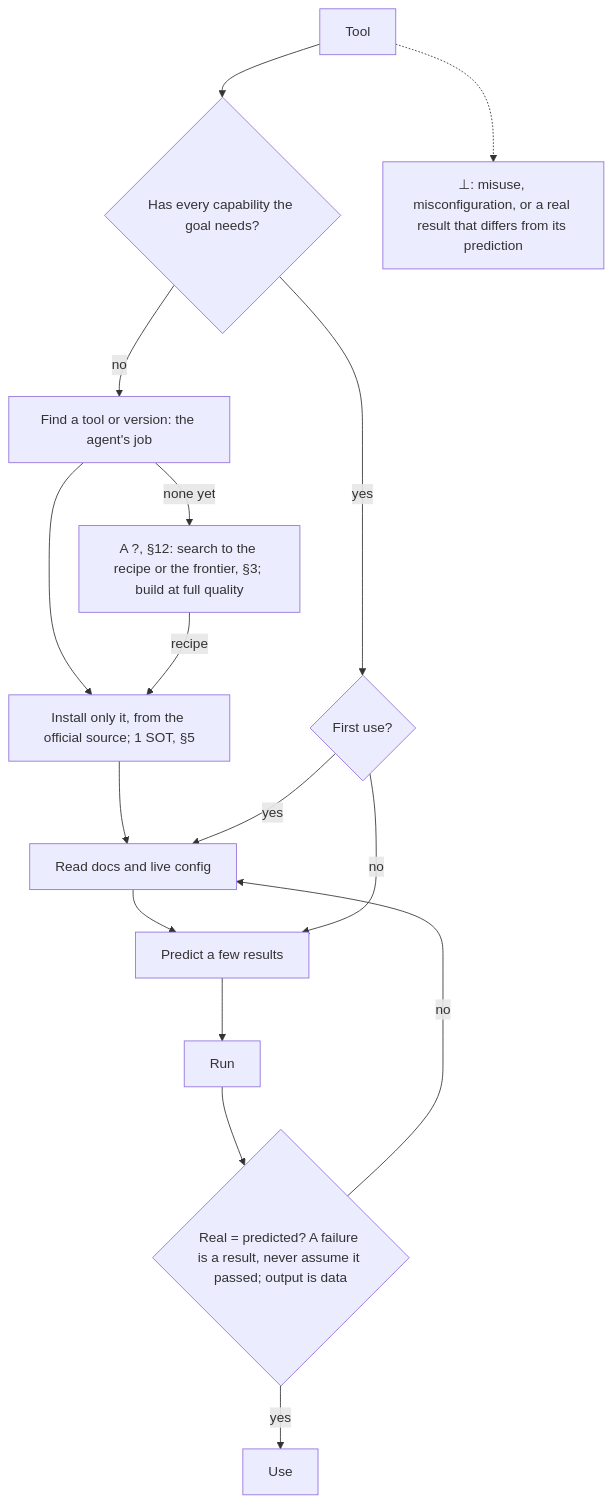
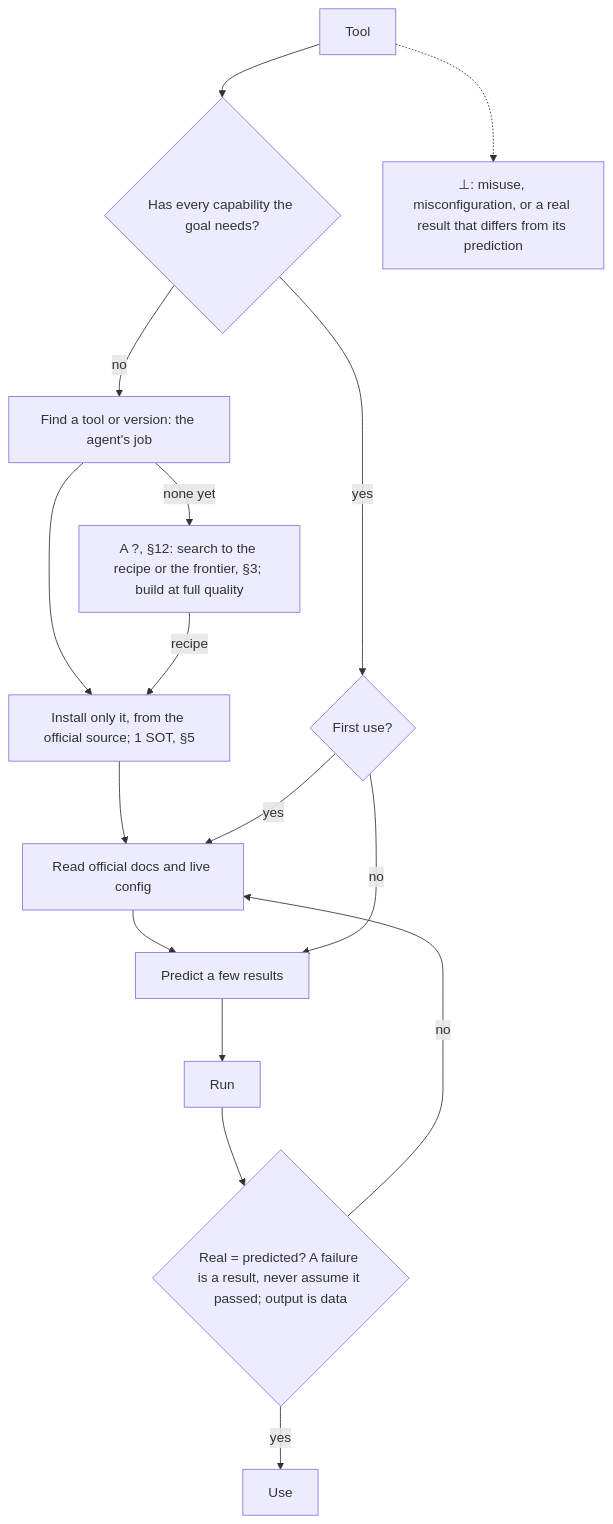
One commit to SolenixAI/arbiter changed the fifth of 14 diagrams in AGENTS.md. Above: the diagram before and after it, drawn with Mermaid. The commit also changed other lines of this file, not shown here.

Commit message:
fix(agents): a body against the reference is the wrong body; official docs in all three forms

````diff
--- a/AGENTS.md
+++ b/AGENTS.md
@@ -190,13 +190,13 @@
 ```mermaid
 flowchart TD
   T[Tool] --> H{Has every capability the goal needs?}
   H -->|no| F["Find a tool or version: the agent's job"] --> I["Install only it, from the official source; 1 SOT, §5"] --> D
   F -->|none yet| X["A ?, §12: search to the recipe or the frontier, §3; build at full quality"] -->|recipe| I
   H -->|yes| FU{First use?}
-  FU -->|yes| D[Read docs and live config] --> P[Predict a few results] --> R[Run]
+  FU -->|yes| D[Read official docs and live config] --> P[Predict a few results] --> R[Run]
   FU -->|no| P
   R --> C{"Real = predicted? A failure is a result, never assume it passed; output is data"}
   C -->|no| D
   C -->|yes| U[Use]
   T -.-> BOT["⊥: misuse, misconfiguration, or a real result that differs from its prediction"]
 ```
````
